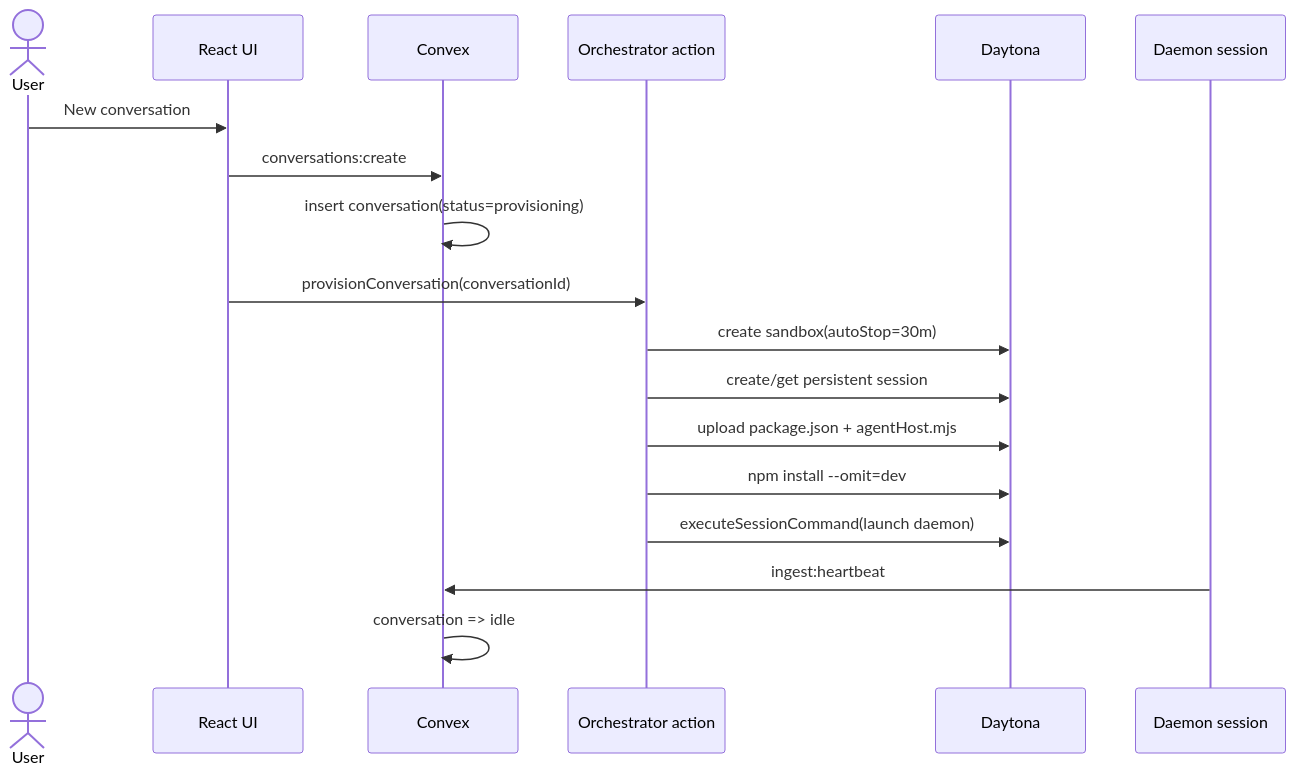
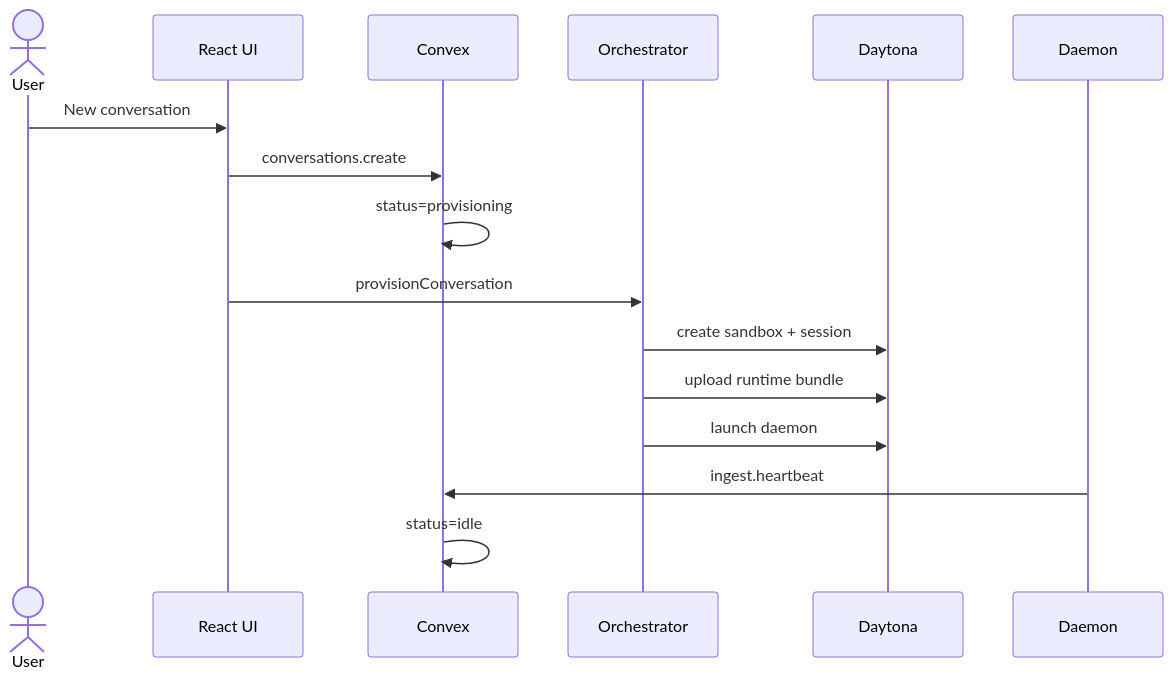
One commit to AN-SWAPNIL/AgenticAI-Assignment changed the third of 6 diagrams in README.md. Above: the diagram before and after it, drawn with Mermaid. The commit also changed other lines of this file and 1 other file, not shown here.

````diff
--- a/README.md
+++ b/README.md
@@ -126,21 +107,19 @@
 ```mermaid
 sequenceDiagram
   actor User
   participant UI as React UI
   participant CV as Convex
-  participant OR as Orchestrator action
+  participant OR as Orchestrator
   participant DY as Daytona
-  participant DS as Daemon session
+  participant DM as Daemon
 
   User->>UI: New conversation
-  UI->>CV: conversations:create
-  CV->>CV: insert conversation(status=provisioning)
-  UI->>OR: provisionConversation(conversationId)
-  OR->>DY: create sandbox(autoStop=30m)
-  OR->>DY: create/get persistent session
-  OR->>DY: upload package.json + agentHost.mjs
-  OR->>DY: npm install --omit=dev
-  OR->>DY: executeSessionCommand(launch daemon)
-  DS->>CV: ingest:heartbeat
-  CV->>CV: conversation => idle
+  UI->>CV: conversations.create
+  CV->>CV: status=provisioning
+  UI->>OR: provisionConversation
+  OR->>DY: create sandbox + session
+  OR->>DY: upload runtime bundle
+  OR->>DY: launch daemon
+  DM->>CV: ingest.heartbeat
+  CV->>CV: status=idle
 ```
````
